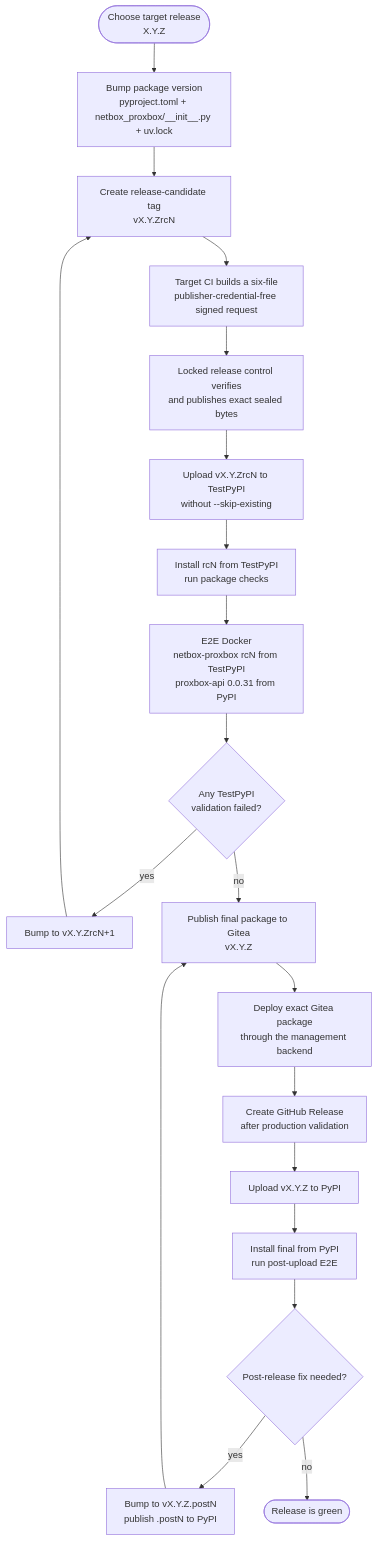
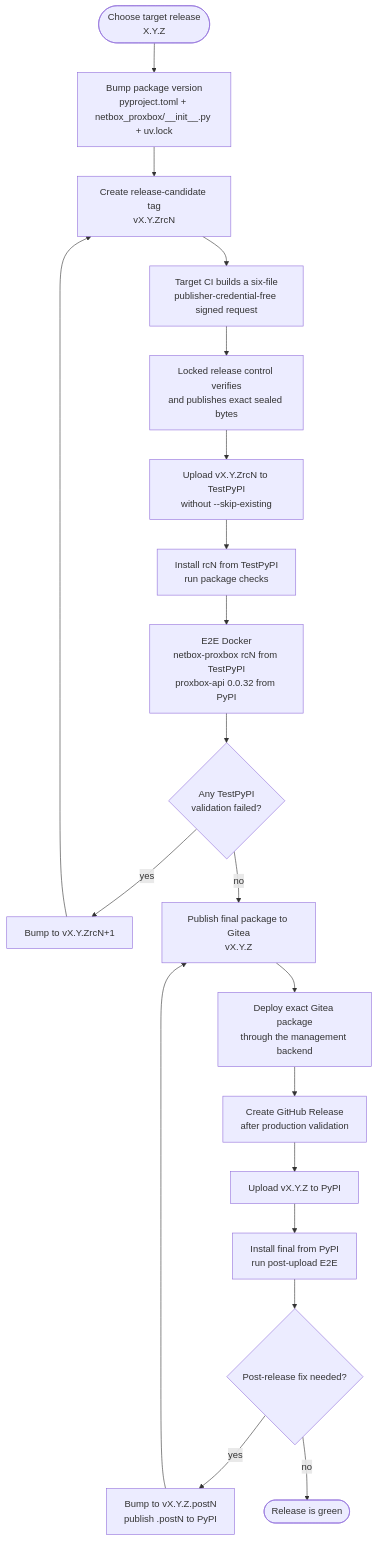
The first of 2 diagrams in docs/developer/release-publishing.md (emersonfelipesp/netbox-proxbox), drawn with Mermaid before and after one commit. The commit also changed other lines of this file and 37 other files, not shown here.

````diff
--- a/docs/developer/release-publishing.md
+++ b/docs/developer/release-publishing.md
@@ -13,27 +13,27 @@
 ```mermaid
 flowchart TD
     Start([Choose target release\nX.Y.Z])
     Bump[Bump package version\npyproject.toml + netbox_proxbox/__init__.py + uv.lock]
     RCTag[Create release-candidate tag\nvX.Y.ZrcN]
     RCCI[Target CI builds a six-file\npublisher-credential-free signed request]
     Control[Locked release control verifies\nand publishes exact sealed bytes]
     RCUpload[Upload vX.Y.ZrcN to TestPyPI\nwithout --skip-existing]
     RCValidate[Install rcN from TestPyPI\nrun package checks]
-    RCE2E[E2E Docker\nnetbox-proxbox rcN from TestPyPI\nproxbox-api 0.0.31 from PyPI]
+    RCE2E[E2E Docker\nnetbox-proxbox rcN from TestPyPI\nproxbox-api 0.0.32 from PyPI]
     RCFailed{Any TestPyPI\nvalidation failed?}
     NextRC[Bump to vX.Y.ZrcN+1]
     FinalPrivate[Publish final package to Gitea\nvX.Y.Z]
     Deploy[Deploy exact Gitea package\nthrough the management backend]
     PublicRelease[Create GitHub Release\nafter production validation]
     FinalUpload[Upload vX.Y.Z to PyPI]
     FinalValidate[Install final from PyPI\nrun post-upload E2E]
     FinalFailed{Post-release fix needed?}
     Post[Bump to vX.Y.Z.postN\npublish .postN to PyPI]
     Done([Release is green])
 
     Start --> Bump --> RCTag --> RCCI --> Control --> RCUpload --> RCValidate --> RCE2E --> RCFailed
     RCFailed -- yes --> NextRC --> RCTag
     RCFailed -- no --> FinalPrivate --> Deploy --> PublicRelease --> FinalUpload --> FinalValidate --> FinalFailed
     FinalFailed -- yes --> Post --> FinalPrivate
     FinalFailed -- no --> Done
 ```
````
